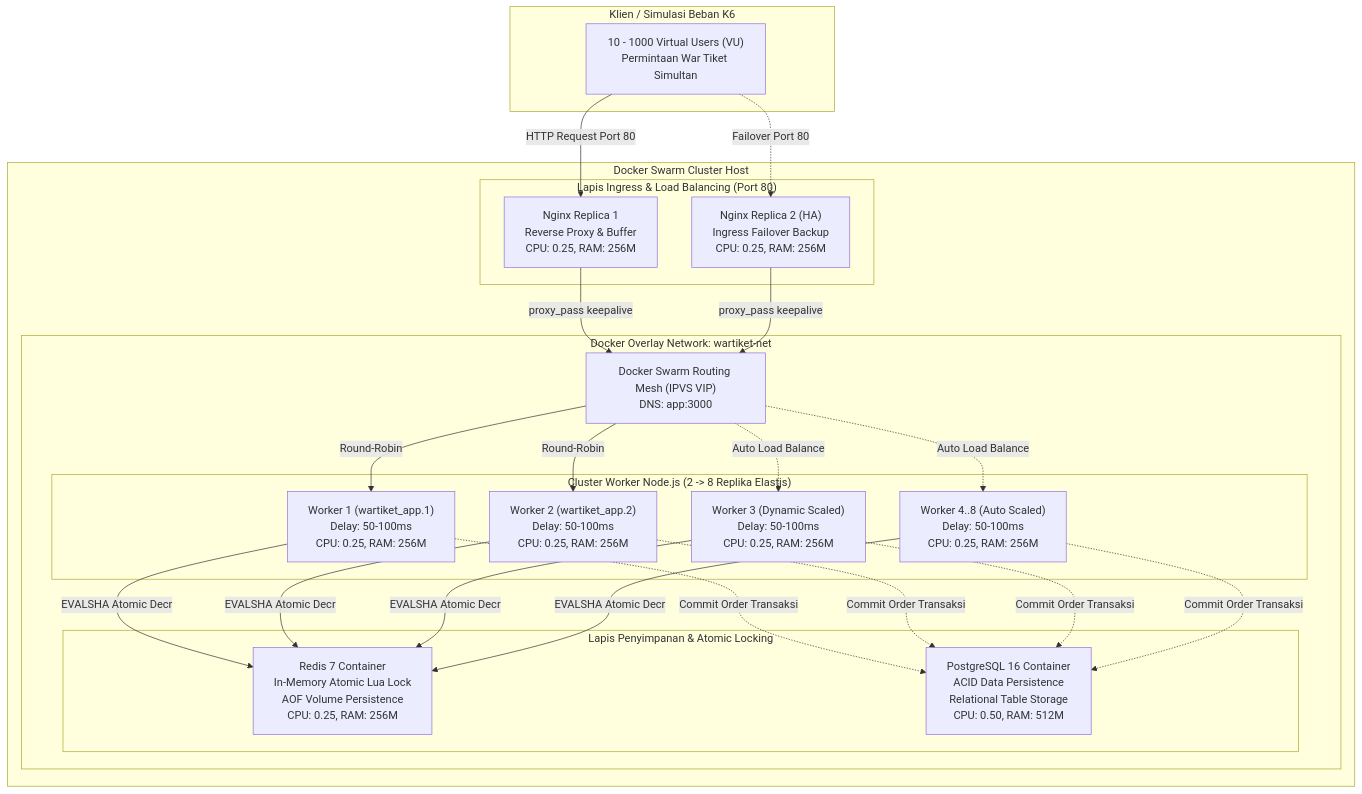
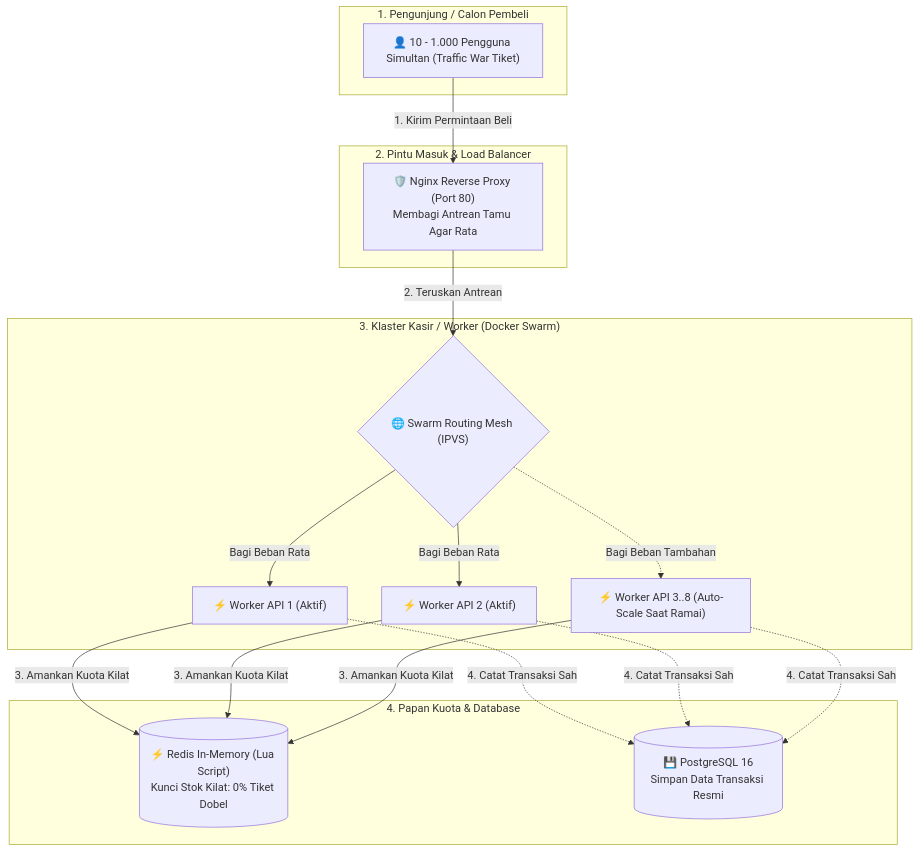
Before and after one commit to Cahyooo69/Auto-Scaling-Load-Balancing: the diagram in README.md, drawn with Mermaid. The commit also changed other lines of this file, not shown here.

Commit message:
docs: simplify architecture section and diagram with beginner-friendly analogy

````diff
--- a/README.md
+++ b/README.md
@@ -69,49 +79,36 @@
 ```mermaid
 flowchart TD
-    subgraph Clients["Klien / Simulasi Beban K6"]
-        U["10 - 1000 Virtual Users (VU)<br/>Permintaan War Tiket Simultan"]
+    subgraph Klien["1. Pengunjung / Calon Pembeli"]
+        VU["👤 10 - 1.000 Pengguna Simultan (Traffic War Tiket)"]
     end
 
-    subgraph Host["Docker Swarm Cluster Host"]
-        subgraph LayerIngress["Lapis Ingress & Load Balancing (Port 80)"]
-            NGINX1["Nginx Replica 1<br/>Reverse Proxy & Buffer<br/>CPU: 0.25, RAM: 256M"]
-            NGINX2["Nginx Replica 2 (HA)<br/>Ingress Failover Backup<br/>CPU: 0.25, RAM: 256M"]
-        end
-
-        subgraph OverlayNet["Docker Overlay Network: wartiket-net"]
-            VIP["Docker Swarm Routing Mesh (IPVS VIP)<br/>DNS: app:3000"]
-
-            subgraph WorkerCluster["Cluster Worker Node.js (2 -> 8 Replika Elastis)"]
-                APP1["Worker 1 (wartiket_app.1)<br/>Delay: 50-100ms<br/>CPU: 0.25, RAM: 256M"]
-                APP2["Worker 2 (wartiket_app.2)<br/>Delay: 50-100ms<br/>CPU: 0.25, RAM: 256M"]
-                APP3["Worker 3 (Dynamic Scaled)<br/>Delay: 50-100ms<br/>CPU: 0.25, RAM: 256M"]
-                APPX["Worker 4..8 (Auto Scaled)<br/>Delay: 50-100ms<br/>CPU: 0.25, RAM: 256M"]
-            end
-
-            subgraph StateLayer["Lapis Penyimpanan & Atomic Locking"]
-                REDIS["Redis 7 Container<br/>In-Memory Atomic Lua Lock<br/>AOF Volume Persistence<br/>CPU: 0.25, RAM: 256M"]
-                PG["PostgreSQL 16 Container<br/>ACID Data Persistence<br/>Relational Table Storage<br/>CPU: 0.50, RAM: 512M"]
-            end
-        end
+    subgraph Gerbang["2. Pintu Masuk & Load Balancer"]
+        NGINX["🛡️ Nginx Reverse Proxy (Port 80)<br/>Membagi Antrean Tamu Agar Rata"]
     end
 
-    U -->|HTTP Request Port 80| NGINX1
-    U -.->|Failover Port 80| NGINX2
-    NGINX1 -->|proxy_pass keepalive| VIP
-    NGINX2 -->|proxy_pass keepalive| VIP
+    subgraph KlasterSwarm["3. Klaster Kasir / Worker (Docker Swarm)"]
+        VIP{"🌐 Swarm Routing Mesh (IPVS)"}
+        W1["⚡ Worker API 1 (Aktif)"]
+        W2["⚡ Worker API 2 (Aktif)"]
+        W3["⚡ Worker API 3..8 (Auto-Scale Saat Ramai)"]
+    end
 
-    VIP -->|Round-Robin| APP1
-    VIP -->|Round-Robin| APP2
-    VIP -.->|Auto Load Balance| APP3
-    VIP -.->|Auto Load Balance| APPX
+    subgraph Data["4. Papan Kuota & Database"]
+        REDIS[("⚡ Redis In-Memory (Lua Script)<br/>Kunci Stok Kilat: 0% Tiket Dobel")]
+        DB[("💾 PostgreSQL 16<br/>Simpan Data Transaksi Resmi")]
+    end
 
-    APP1 -->|EVALSHA Atomic Decr| REDIS
-    APP2 -->|EVALSHA Atomic Decr| REDIS
-    APP3 -->|EVALSHA Atomic Decr| REDIS
-    APPX -->|EVALSHA Atomic Decr| REDIS
+    VU -->|"1. Kirim Permintaan Beli"| NGINX
+    NGINX -->|"2. Teruskan Antrean"| VIP
+    VIP -->|"Bagi Beban Rata"| W1
+    VIP -->|"Bagi Beban Rata"| W2
+    VIP -.->|"Bagi Beban Tambahan"| W3
 
-    APP1 -.->|Commit Order Transaksi| PG
-    APP2 -.->|Commit Order Transaksi| PG
-    APP3 -.->|Commit Order Transaksi| PG
-    APPX -.->|Commit Order Transaksi| PG
+    W1 -->|"3. Amankan Kuota Kilat"| REDIS
+    W2 -->|"3. Amankan Kuota Kilat"| REDIS
+    W3 -->|"3. Amankan Kuota Kilat"| REDIS
+
+    W1 -.->|"4. Catat Transaksi Sah"| DB
+    W2 -.->|"4. Catat Transaksi Sah"| DB
+    W3 -.->|"4. Catat Transaksi Sah"| DB
 ```
````
